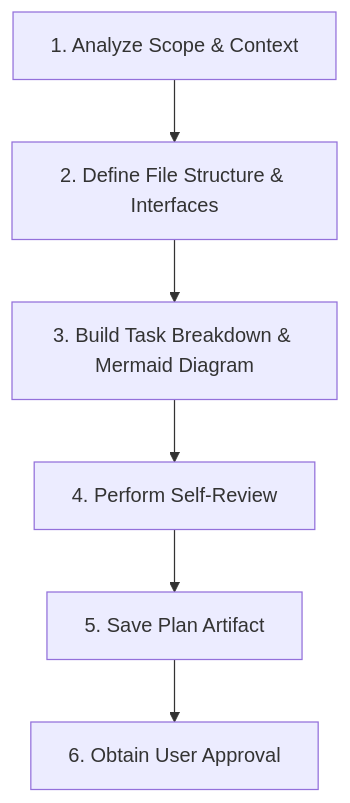
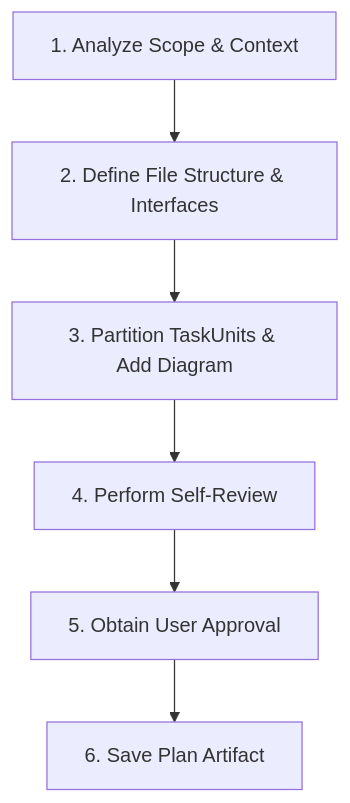
The diagram in skills/writing-plans/SKILL.md (MaiTheHao/c4f-opencode-config), drawn with Mermaid before and after one commit. The commit also changed other lines of this file and 13 other files, not shown here.

````diff
--- a/skills/writing-plans/SKILL.md
+++ b/skills/writing-plans/SKILL.md
@@ -14,8 +14,8 @@
 ```mermaid
 graph TD
     A[1. Analyze Scope & Context] --> B[2. Define File Structure & Interfaces]
-    B --> C[3. Build Task Breakdown & Mermaid Diagram]
+    B --> C[3. Partition TaskUnits & Add Diagram]
     C --> D[4. Perform Self-Review]
-    D --> E[5. Save Plan Artifact]
-    E --> F[6. Obtain User Approval]
+    D --> E[5. Obtain User Approval]
+    E --> F[6. Save Plan Artifact]
 ```
````
